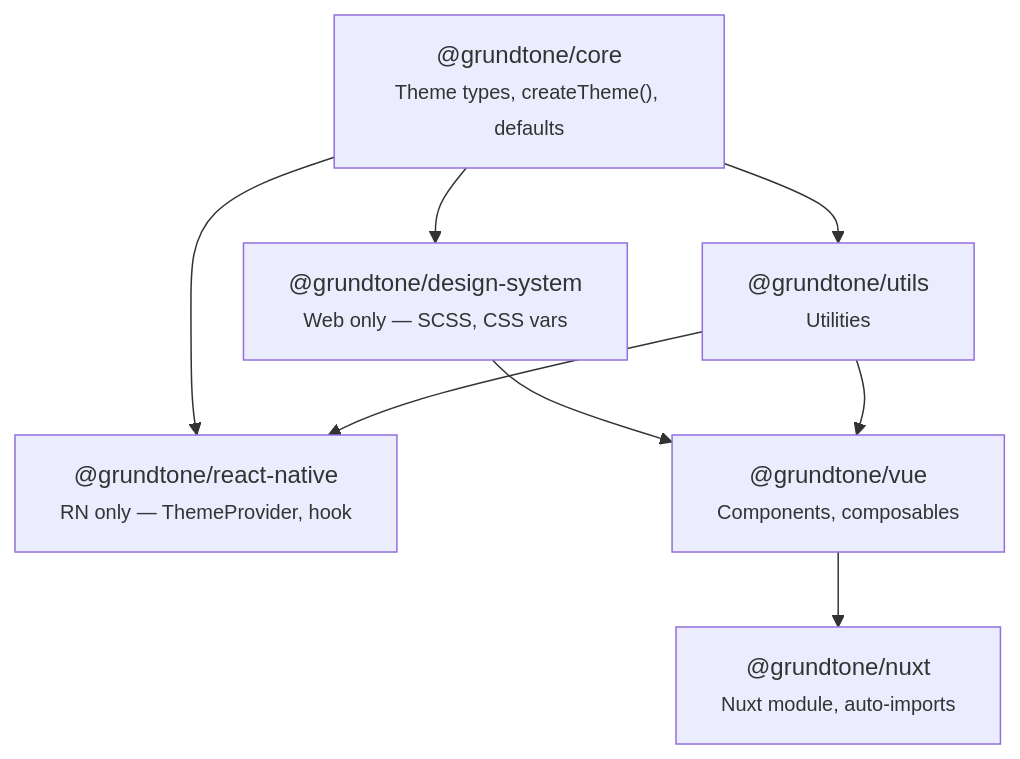
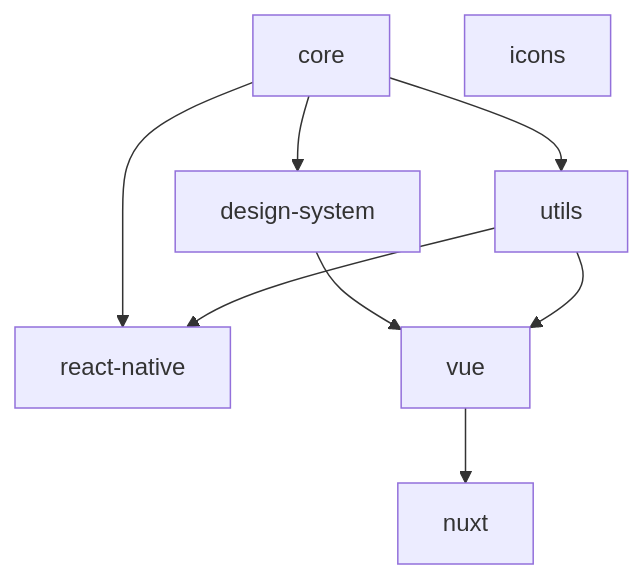
The diagram in apps/docs/core/package-architecture.md (KlangHaus/grundtone), drawn with Mermaid before and after one commit. The commit also changed other lines of this file and 8 other files, not shown here.

````diff
--- a/apps/docs/core/package-architecture.md
+++ b/apps/docs/core/package-architecture.md
@@ -7,17 +7,18 @@
 ```mermaid
 graph TD
-    core["@grundtone/core<br/><small>Theme types, createTheme(), defaults</small>"]
-    tokens["@grundtone/design-system<br/><small>Web only — SCSS, CSS vars</small>"]
-    shared["@grundtone/utils<br/><small>Utilities</small>"]
-    rn["@grundtone/react-native<br/><small>RN only — ThemeProvider, hook</small>"]
-    vue["@grundtone/vue<br/><small>Components, composables</small>"]
-    nuxt["@grundtone/nuxt<br/><small>Nuxt module, auto-imports</small>"]
+    core[core]
+    tokens[design-system]
+    shared[utils]
+    icons[icons]
+    rn[react-native]
+    vue[vue]
+    nuxt[nuxt]
 
     core --> tokens
     core --> shared
     core --> rn
     shared --> rn
     tokens --> vue
     shared --> vue
     vue --> nuxt
 ```
````
